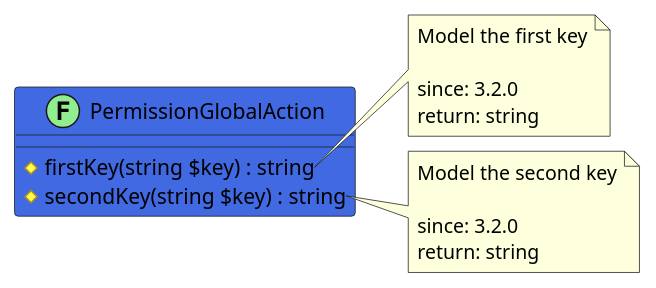
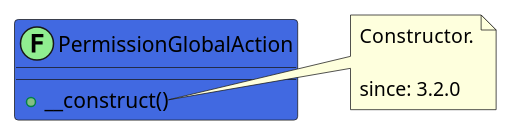
The diagram in src/a601888d-12b6-427f-94ae-95004206e24e/README.md (joomengine/jcb-compiler), drawn with PlantUML before and after one commit. The commit also changed other lines of this file and 272 other files, not shown here.

````diff
--- a/src/a601888d-12b6-427f-94ae-95004206e24e/README.md
+++ b/src/a601888d-12b6-427f-94ae-95004206e24e/README.md
@@ -12,23 +12,14 @@
 ```uml
 @startuml
 class PermissionGlobalAction << (F,LightGreen) >> #RoyalBlue {
-  # firstKey(string $key) : string
-  # secondKey(string $key) : string
+  + __construct()
 }
 
-note right of PermissionGlobalAction::firstKey
-  Model the first key
+note right of PermissionGlobalAction::__construct
+  Constructor.
 
   since: 3.2.0
-  return: string
-end note
-
-note right of PermissionGlobalAction::secondKey
-  Model the second key
-
-  since: 3.2.0
-  return: string
 end note
  
 @enduml
 ```
````
